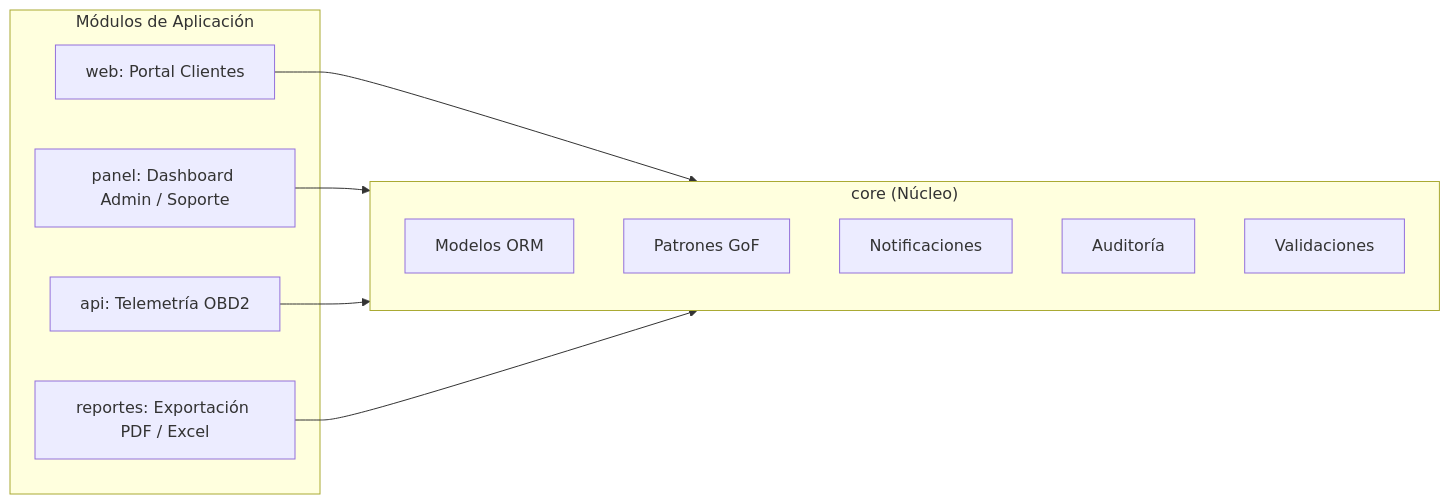
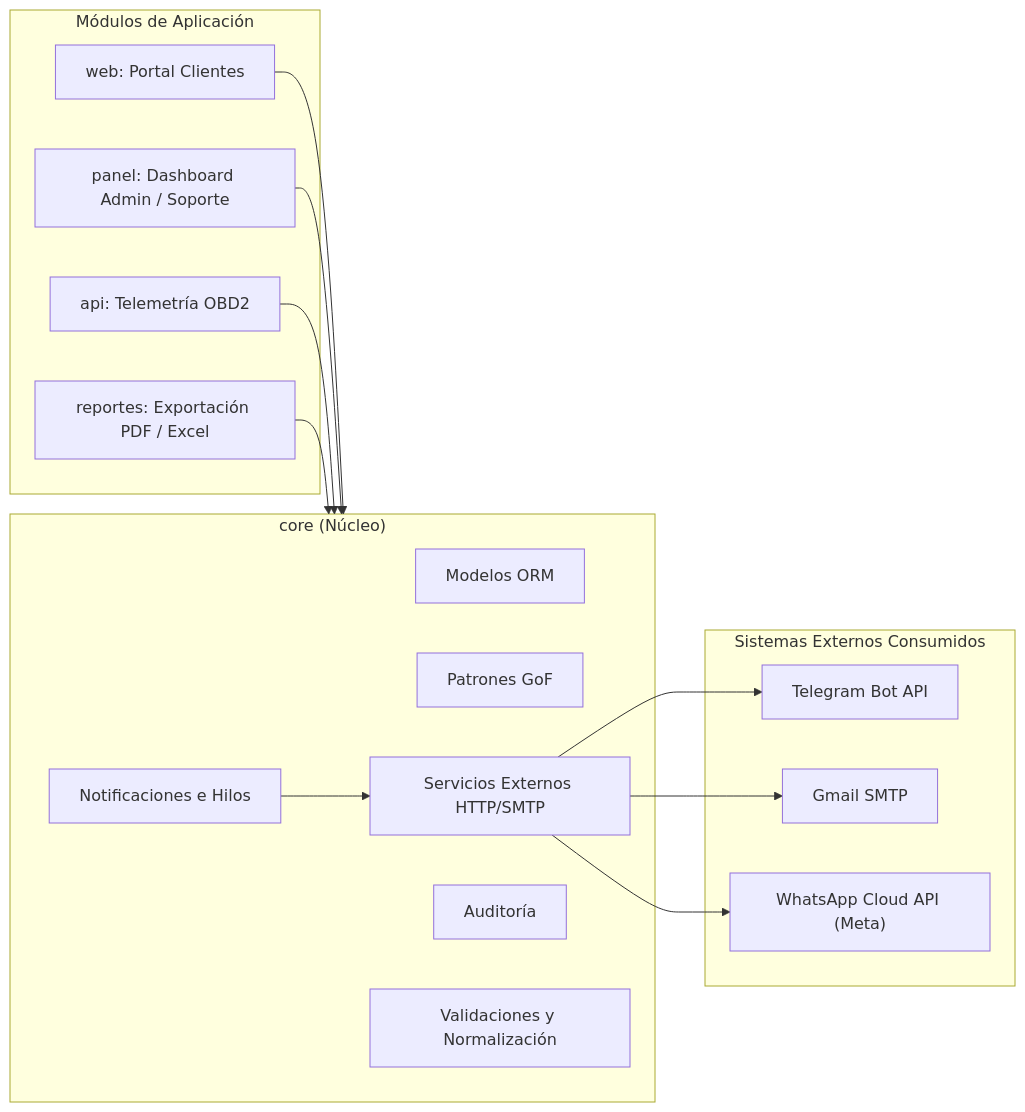
Before and after one commit to ferneymbravog-stack/Autosen: the second of 4 diagrams in docs/ARQUITECTURA.md, drawn with Mermaid. The commit also changed other lines of this file and 7 other files, not shown here.

Commit message:
docs: actualizar MER relacional, arquitectura, requisitos y guia de servicios externos

````diff
--- a/docs/ARQUITECTURA.md
+++ b/docs/ARQUITECTURA.md
@@ -35,20 +38,30 @@
 ```mermaid
 graph LR
     subgraph Core ["core (Núcleo)"]
         M[Modelos ORM]
         P[Patrones GoF]
-        N[Notificaciones]
+        N[Notificaciones e Hilos]
+        SE[Servicios Externos HTTP/SMTP]
         A[Auditoría]
-        V[Validaciones]
+        V[Validaciones y Normalización]
+    end
+    subgraph ExternosAPI ["Sistemas Externos Consumidos"]
+        TG_API["Telegram Bot API"]
+        GMAIL_SMTP["Gmail SMTP"]
+        WA_CLOUD["WhatsApp Cloud API (Meta)"]
     end
     subgraph Apps ["Módulos de Aplicación"]
         WEB[web: Portal Clientes]
         PANEL[panel: Dashboard Admin / Soporte]
         API[api: Telemetría OBD2]
         REP[reportes: Exportación PDF / Excel]
     end
     WEB --> Core
     PANEL --> Core
     API --> Core
     REP --> Core
+    N --> SE
+    SE --> TG_API
+    SE --> GMAIL_SMTP
+    SE --> WA_CLOUD
 ```
````
